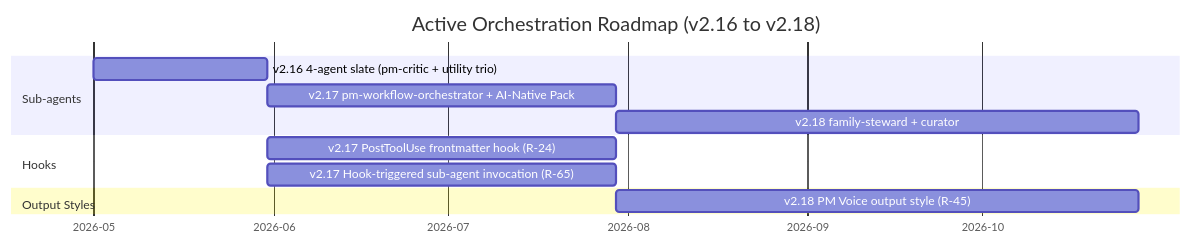
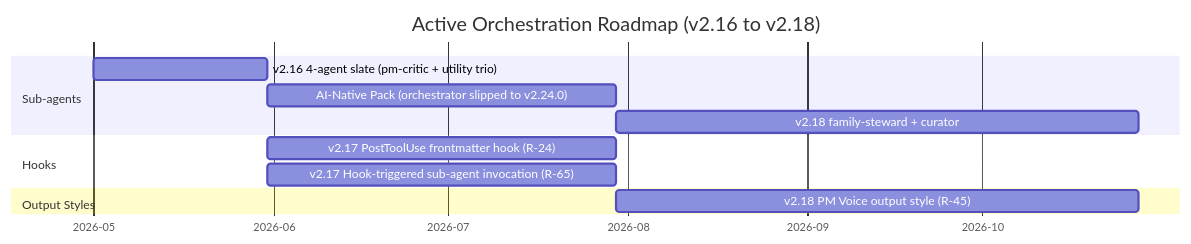
The diagram in docs/concepts/active-orchestration.md (product-on-purpose/pm-skills), drawn with Mermaid before and after one commit. The commit also changed other lines of this file and 54 other files, not shown here.

First line of the commit message:
feat(v2.24.0): pm-workflow-orchestrator (sub-agent + dispatch skill) + --run handoff

````diff
--- a/docs/concepts/active-orchestration.md
+++ b/docs/concepts/active-orchestration.md
@@ -48,18 +48,18 @@
 ```mermaid
 gantt
     title Active Orchestration Roadmap (v2.16 to v2.18)
     dateFormat YYYY-MM
     axisFormat %Y-%m
 
     section Sub-agents
     v2.16 4-agent slate (pm-critic + utility trio)   :v216, 2026-05, 30d
-    v2.17 pm-workflow-orchestrator + AI-Native Pack  :v217, after v216, 60d
+    AI-Native Pack (orchestrator slipped to v2.24.0)  :v217, after v216, 60d
     v2.18 family-steward + curator                    :v218, after v217, 90d
 
     section Hooks
     v2.17 PostToolUse frontmatter hook (R-24)        :h217, after v216, 60d
     v2.17 Hook-triggered sub-agent invocation (R-65) :h217b, after v216, 60d
 
     section Output Styles
     v2.18 PM Voice output style (R-45)               :os218, after v217, 90d
 ```
````
